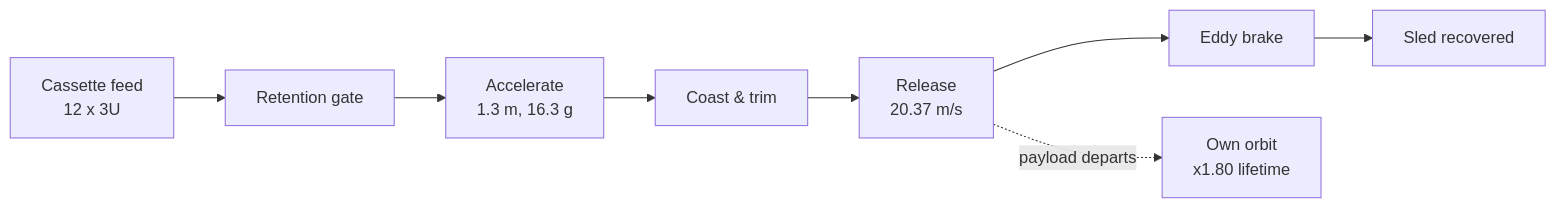
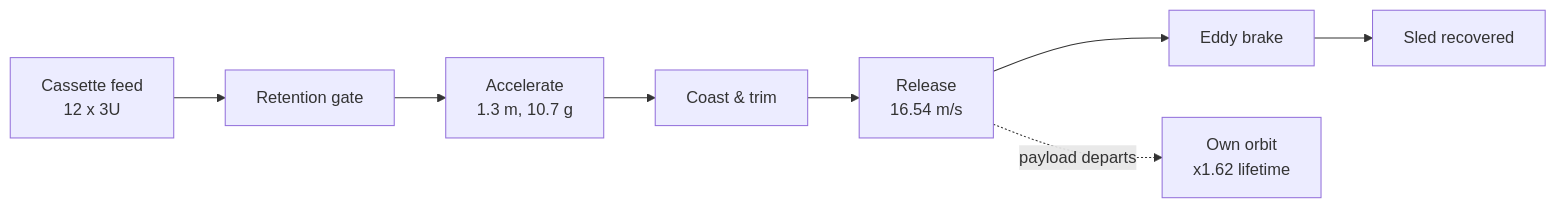
The first of 3 diagrams in wiki/Home.md (aaaaaaaaaaaavm/EMOCD), drawn with Mermaid before and after one commit. The commit also changed other lines of this file and 2 other files, not shown here.

````diff
--- a/wiki/Home.md
+++ b/wiki/Home.md
@@ -48,10 +48,10 @@
 ```mermaid
 flowchart LR
     A["Cassette feed<br/>12 x 3U"] --> B["Retention gate"]
-    B --> C["Accelerate<br/>1.3 m, 16.3 g"]
+    B --> C["Accelerate<br/>1.3 m, 10.7 g"]
     C --> D["Coast &amp; trim"]
-    D --> E["Release<br/>20.37 m/s"]
+    D --> E["Release<br/>16.54 m/s"]
     E --> F["Eddy brake"]
     F --> G["Sled recovered"]
-    E -.->|"payload departs"| H["Own orbit<br/>x1.80 lifetime"]
+    E -.->|"payload departs"| H["Own orbit<br/>x1.62 lifetime"]
 ```
````
